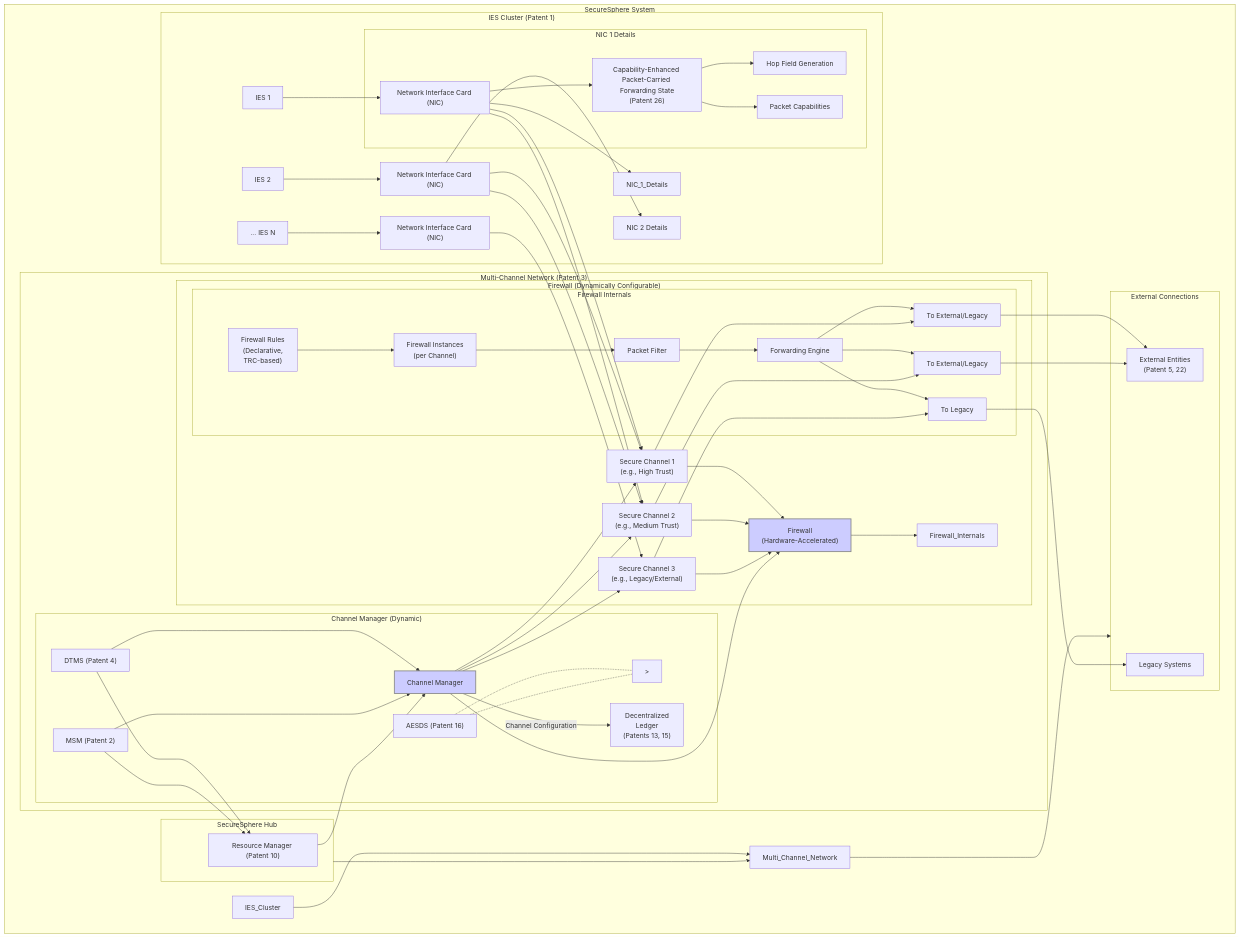
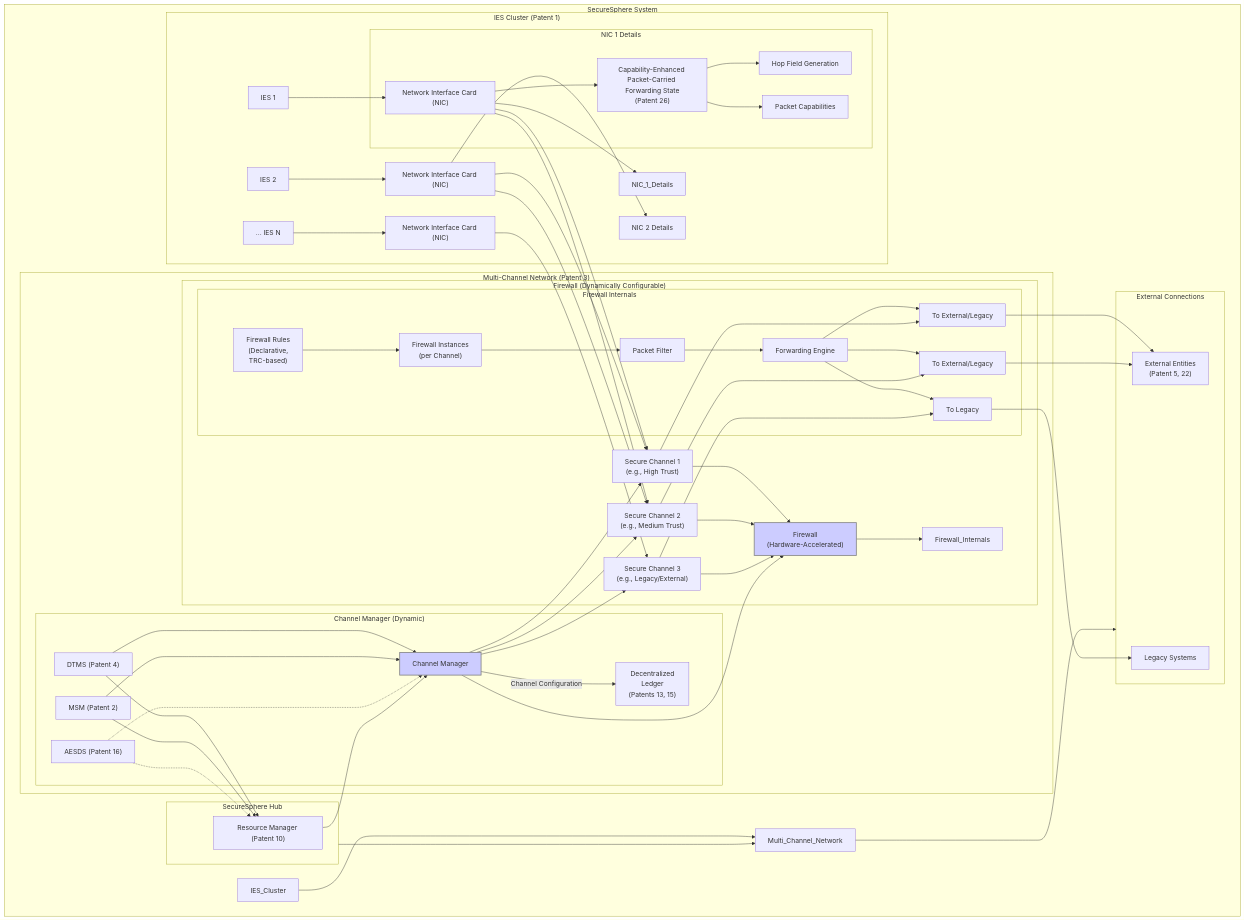
One commit to nshkrdotcom/ASKA changed diagram 11 of 21 in 3.md. Above: the diagram before and after it, drawn with Mermaid. The commit also changed other lines of this file and 1 other file, not shown here.

````diff
--- a/3.md
+++ b/3.md
@@ -912,78 +912,78 @@
 ```mermaid
 graph LR
     subgraph "SecureSphere System"
         direction LR
         subgraph "IES Cluster (Patent 1)"
             IES_1["IES 1"]
             IES_2["IES 2"]
             IES_N["... IES N"]
             IES_1 --> NIC_1["Network Interface Card (NIC)"]
             IES_2 --> NIC_2["Network Interface Card (NIC)"]
             IES_N --> NIC_N["Network Interface Card (NIC)"]
 
             subgraph "NIC 1 Details"
                 NIC_1 --> CEPM["Capability-Enhanced Packet-Carried Forwarding State<br>(Patent 26)"]
                 CEPM --> HF["Hop Field Generation"]
                 CEPM --> PCAP["Packet Capabilities"]
             end
             NIC_1 --> NIC_1_Details
             NIC_2 --> NIC_2_Details["NIC 2 Details"]
         end
         subgraph "Multi-Channel Network (Patent 3)"
             subgraph "Firewall (Dynamically Configurable)"
               FW["Firewall<br>(Hardware-Accelerated)"]
               Channel_1 --> FW
               Channel_2 --> FW
               Channel_3 --> FW
               subgraph "Firewall Internals"
                 FW_Instances["Firewall Instances<br>(per Channel)"]
                     Firewall_Rules["Firewall Rules<br>(Declarative,<br>TRC-based)"] --> FW_Instances
                 FW_Instances --> Packet_Filter["Packet Filter"]
                 Packet_Filter --> Forwarding_Engine["Forwarding Engine"]
                 Forwarding_Engine --> Channel_1_Out & Channel_2_Out & Channel_3_Out
               end
               FW --> Firewall_Internals
             end
             Channel_1["Secure Channel 1<br>(e.g., High Trust)"]
             Channel_2["Secure Channel 2<br>(e.g., Medium Trust)"]
             Channel_3["Secure Channel 3<br>(e.g., Legacy/External)"]
             NIC_1 --> Channel_1
             NIC_1 --> Channel_2
             NIC_2 --> Channel_1
             NIC_2 --> Channel_2
             NIC_N --> Channel_3
             Channel_1 --> Channel_1_Out["To External/Legacy"]
             Channel_2 --> Channel_2_Out["To External/Legacy"]
             Channel_3 --> Channel_3_Out["To Legacy"]
             subgraph "Channel Manager (Dynamic)"
                 Channel_Manager["Channel Manager"] --> Channel_1 & Channel_2 & Channel_3 & FW
                 DTMS["DTMS (Patent 4)"] --> Channel_Manager
                 MSM["MSM (Patent 2)"] --> Channel_Manager
-                AESDS["AESDS (Patent 16)"] -.-&gt; Channel_Manager
+                AESDS["AESDS (Patent 16)"] -.-> Channel_Manager
                 Channel_Manager --> |"Channel Configuration"| DLT["Decentralized<br>Ledger<br>(Patents 13, 15)"]
             end
         end
         subgraph External_Connections["External Connections"]
             External_Entities["External Entities<br>(Patent 5, 22)"]
             Legacy_Systems["Legacy Systems"]
             Channel_1_Out --> External_Entities
             Channel_2_Out --> External_Entities
             Channel_3_Out --> Legacy_Systems
         end
 
         subgraph SecureSphere_Hub["SecureSphere Hub"]
             RM["Resource Manager (Patent 10)"]
             DTMS --> RM
             MSM --> RM
-            AESDS -.-&gt; RM
+            AESDS -.-> RM
             RM --> Channel_Manager
         end
         
         IES_Cluster ----> Multi_Channel_Network
         Multi_Channel_Network ----> External_Connections
         SecureSphere_Hub ----> Multi_Channel_Network
     end
 
     style Channel_Manager fill:#ccf,stroke:#888,stroke-width:2px
     style FW fill:#ccf,stroke:#888,stroke-width:2px
 ```
````
